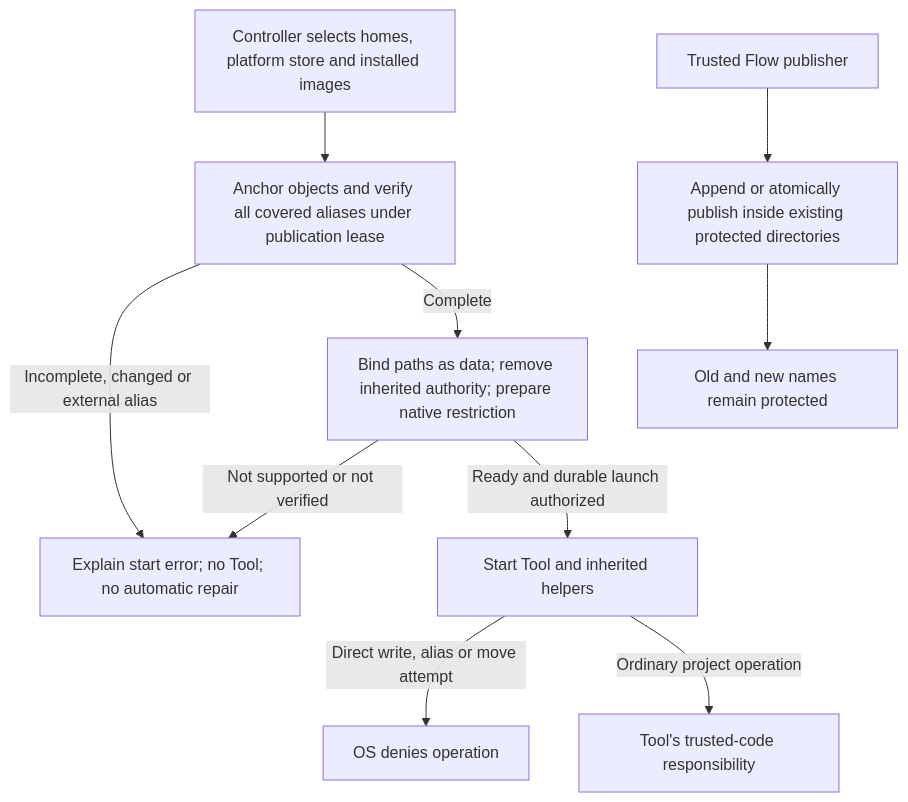
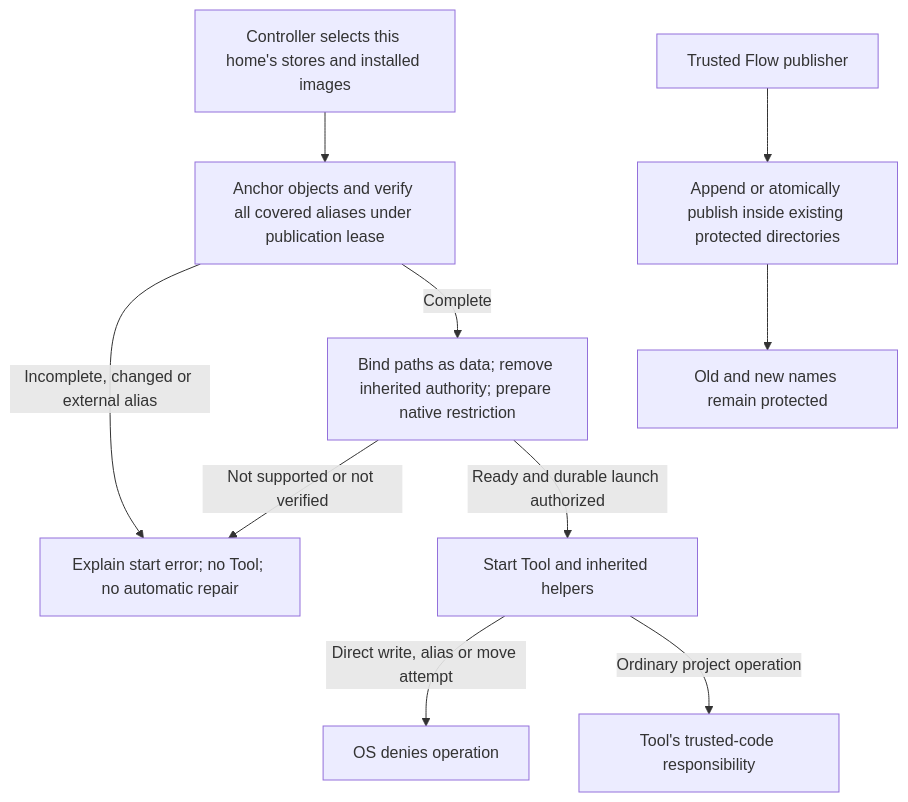
Before and after one commit to Open-Equilibrium/watershed: the diagram in docs/concept/flow-agent-native-protection-proposal.md, drawn with Mermaid. The commit also changed other lines of this file and 13 other files, not shown here.

````diff
--- a/docs/concept/flow-agent-native-protection-proposal.md
+++ b/docs/concept/flow-agent-native-protection-proposal.md
@@ -146,12 +145,12 @@
 ```mermaid
 flowchart TD
-  Select["Controller selects homes, platform store and installed images"] --> Admit["Anchor objects and verify all covered aliases under publication lease"]
+  Select["Controller selects this home's stores and installed images"] --> Admit["Anchor objects and verify all covered aliases under publication lease"]
   Admit -->|Incomplete, changed or external alias| Refuse["Explain start error; no Tool; no automatic repair"]
   Admit -->|Complete| Prepare["Bind paths as data; remove inherited authority; prepare native restriction"]
   Prepare -->|Not supported or not verified| Refuse
   Prepare -->|Ready and durable launch authorized| Run["Start Tool and inherited helpers"]
   Flow["Trusted Flow publisher"] --> Publish["Append or atomically publish inside existing protected directories"]
   Publish --> Covered["Old and new names remain protected"]
   Run -->|Direct write, alias or move attempt| Block["OS denies operation"]
   Run -->|Ordinary project operation| Host["Tool's trusted-code responsibility"]
 ```
````
